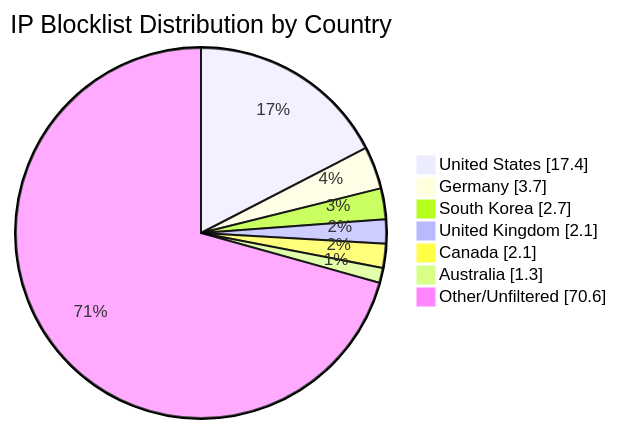
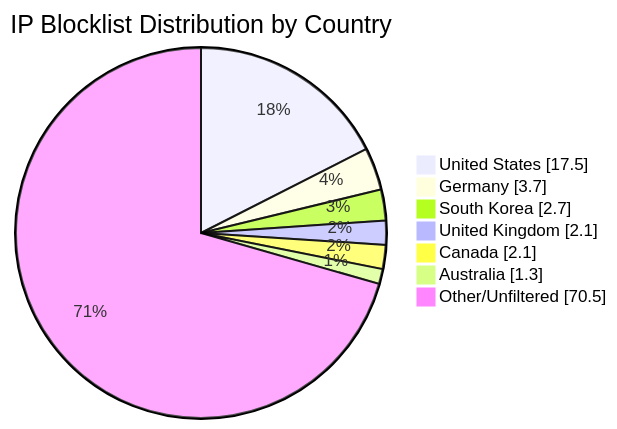
One commit to MarcusHoltz/ipblocklist-geofiltered-aggregator changed the diagram in README.md. Above: the diagram before and after it, drawn with Mermaid. The commit also changed other lines of this file and 9 other files, not shown here.

````diff
--- a/README.md
+++ b/README.md
@@ -34,10 +34,10 @@
 ```mermaid
 pie showData title IP Blocklist Distribution by Country
-"United States" : 17.4
+"United States" : 17.5
 "Germany" : 3.7
 "South Korea" : 2.7
 "United Kingdom" : 2.1
 "Canada" : 2.1
 "Australia" : 1.3
-"Other/Unfiltered" : 70.6
+"Other/Unfiltered" : 70.5
 ```
````
